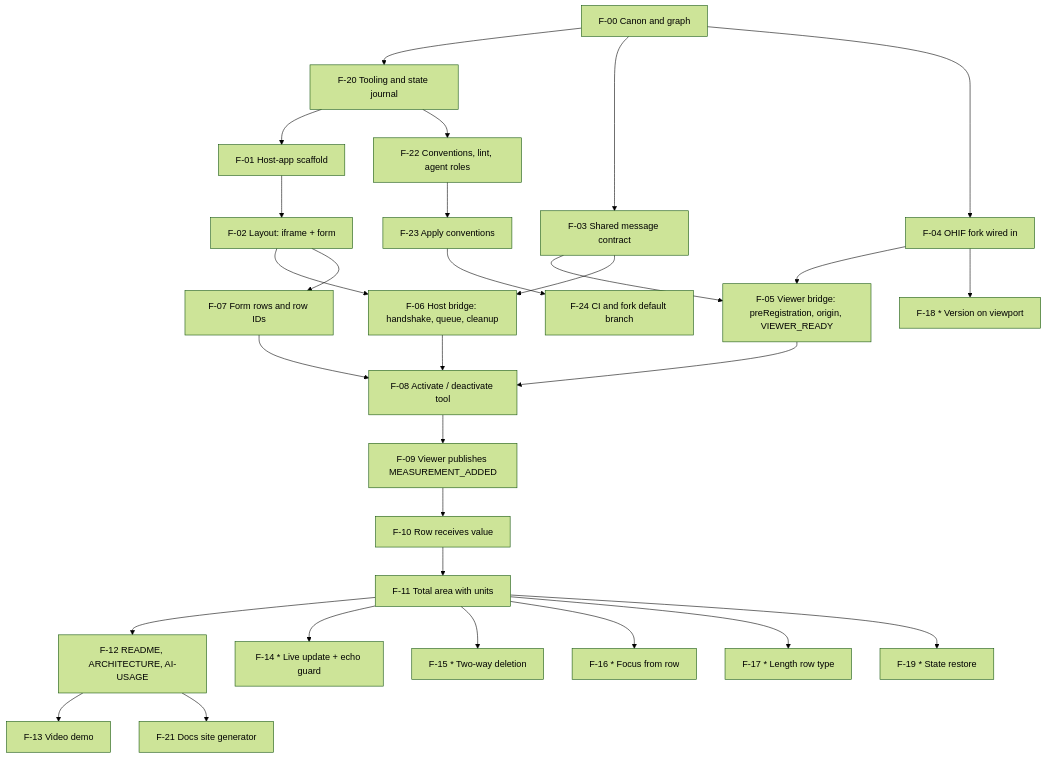
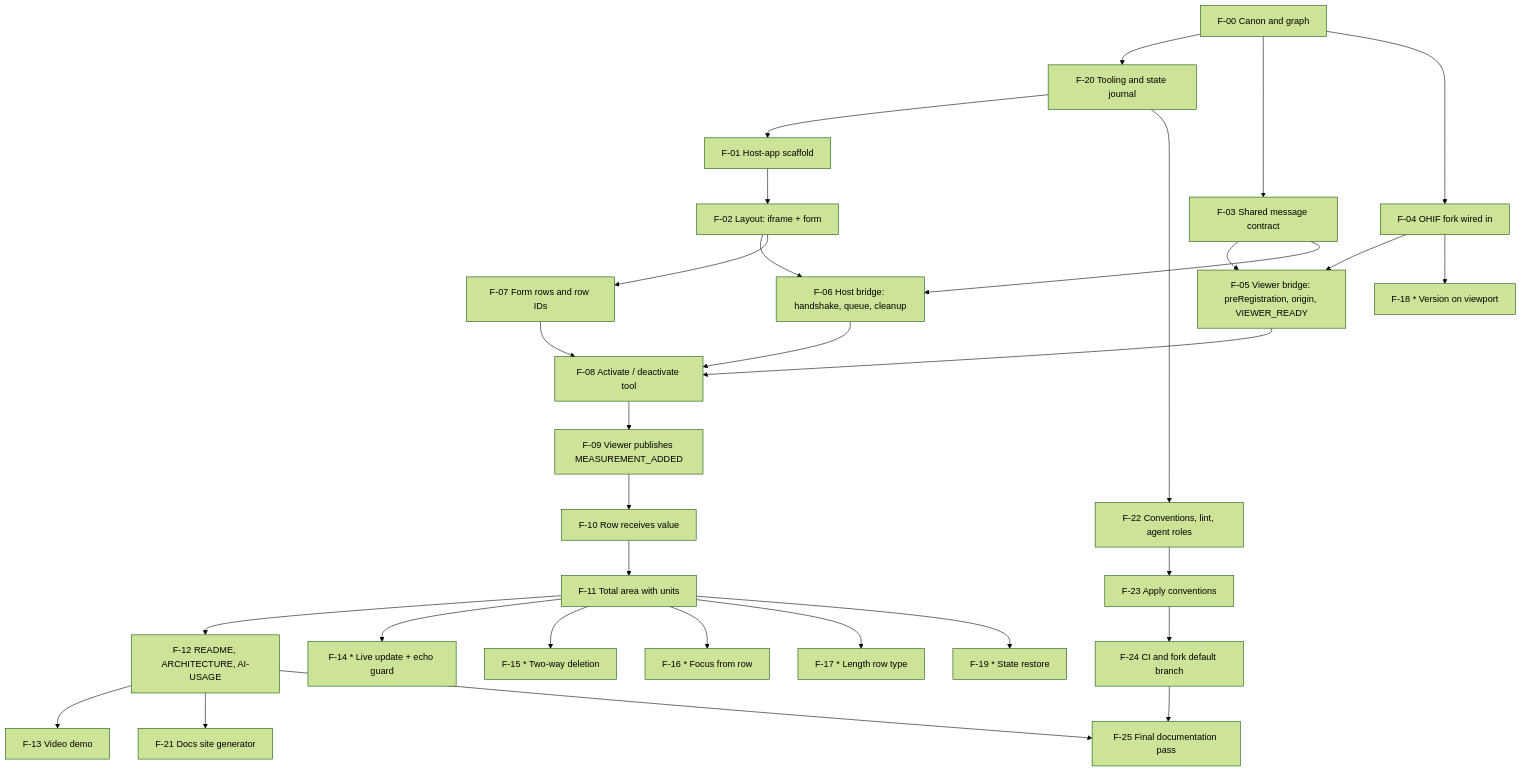
Before and after one commit to bdiadiun/artifact-synchronization: the diagram in docs/FEATURE-GRAPH.md, drawn with Mermaid (forest theme). The commit also changed other lines of this file and 5 other files, not shown here.

First line of the commit message:
docs: final pass

````diff
--- a/docs/FEATURE-GRAPH.md
+++ b/docs/FEATURE-GRAPH.md
@@ -68,49 +69,51 @@
 ```mermaid
 graph TD
   F00[F-00 Canon and graph]
   F20[F-20 Tooling and state journal]
   F01[F-01 Host-app scaffold]
   F02[F-02 Layout: iframe + form]
   F03[F-03 Shared message contract]
   F04[F-04 OHIF fork wired in]
   F05[F-05 Viewer bridge: preRegistration, origin, VIEWER_READY]
   F06[F-06 Host bridge: handshake, queue, cleanup]
   F07[F-07 Form rows and row IDs]
   F08[F-08 Activate / deactivate tool]
   F09[F-09 Viewer publishes MEASUREMENT_ADDED]
   F10[F-10 Row receives value]
   F11[F-11 Total area with units]
   F12[F-12 README, ARCHITECTURE, AI-USAGE]
   F21[F-21 Docs site generator]
   F22[F-22 Conventions, lint, agent roles]
   F23[F-23 Apply conventions]
   F24[F-24 CI and fork default branch]
+  F25[F-25 Final documentation pass]
   F13[F-13 Video demo]
   F14[F-14 * Live update + echo guard]
   F15[F-15 * Two-way deletion]
   F16[F-16 * Focus from row]
   F17[F-17 * Length row type]
   F18[F-18 * Version on viewport]
   F19[F-19 * State restore]
 
   F00 --> F20 --> F01 --> F02
   F00 --> F03
   F00 --> F04
   F03 --> F05
   F04 --> F05
   F02 --> F06
   F03 --> F06
   F02 --> F07
   F05 --> F08
   F06 --> F08
   F07 --> F08
   F08 --> F09 --> F10 --> F11 --> F12 --> F13
   F12 --> F21
-  F20 --> F22 --> F23 --> F24
+  F20 --> F22 --> F23 --> F24 --> F25
+  F12 --> F25
   F11 --> F14
   F11 --> F15
   F11 --> F16
   F11 --> F17
   F04 --> F18
   F11 --> F19
 ```
````
